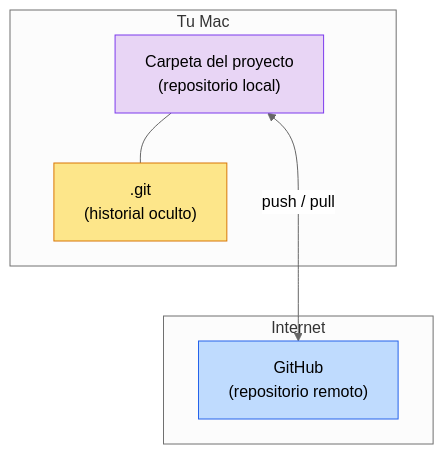
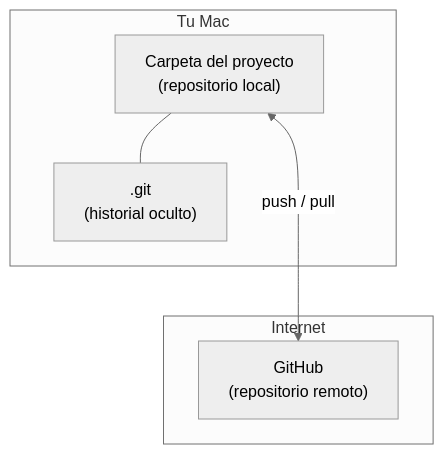
The first of 9 diagrams in guia-git-para-pauli.md (santimarro/guia-pauli-git), drawn with Mermaid (neutral theme) before and after one commit. The commit also changed other lines of this file, not shown here.

Commit message:
remove custom mermaid colors for github dark mode compat

````diff
--- a/guia-git-para-pauli.md
+++ b/guia-git-para-pauli.md
@@ -75,16 +75,12 @@
 ```mermaid
 graph TB
     subgraph "Tu Mac"
         A["Carpeta del proyecto<br/>(repositorio local)"]
         B[".git<br/>(historial oculto)"]
     end
     subgraph "Internet"
         C["GitHub<br/>(repositorio remoto)"]
     end
     A --- B
     A <--->|"push / pull"| C
-
-    style A fill:#E8D5F5,stroke:#7C3AED
-    style B fill:#FDE68A,stroke:#D97706
-    style C fill:#BFDBFE,stroke:#2563EB
 ```
````
